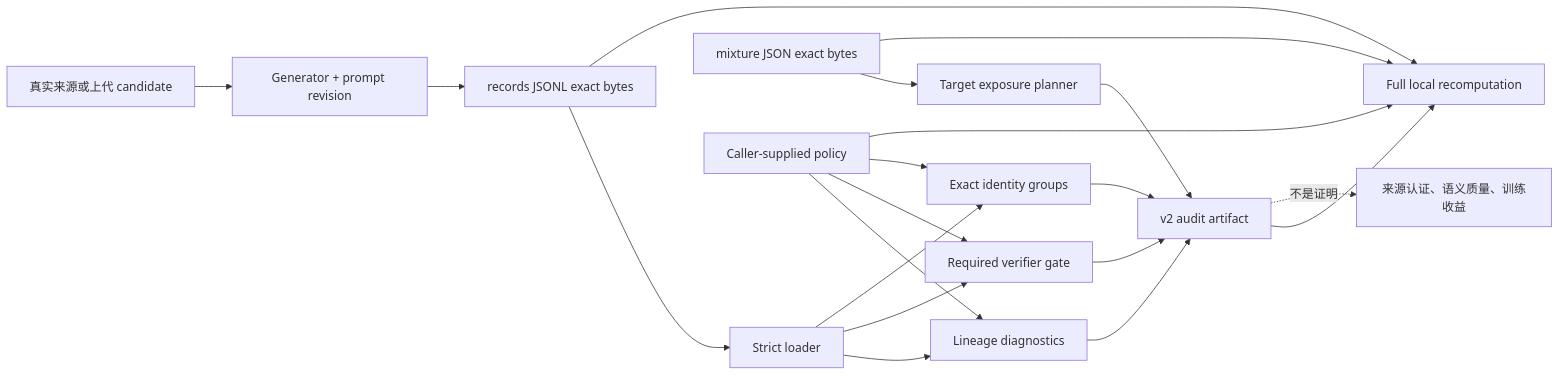
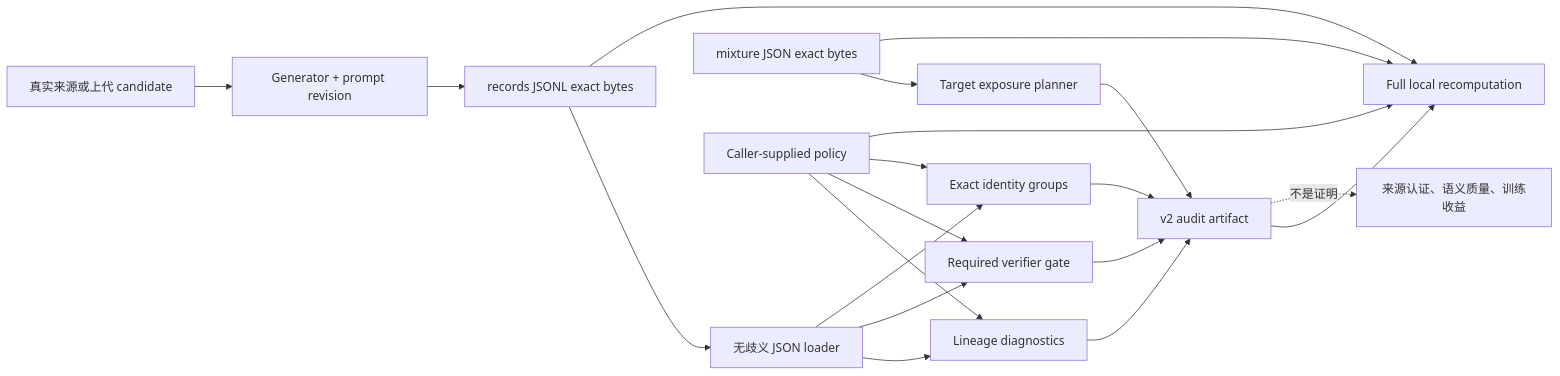
The diagram in docs/practice/projects/synthetic-data-audit.md (NightLemon/about-llm), drawn with Mermaid before and after one commit. The commit also changed other lines of this file and 29 other files, not shown here.

````diff
--- a/docs/practice/projects/synthetic-data-audit.md
+++ b/docs/practice/projects/synthetic-data-audit.md
@@ -29,22 +29,22 @@
 ```mermaid
 flowchart LR
   A["真实来源或上代 candidate"] --> B["Generator + prompt revision"]
   B --> C["records JSONL exact bytes"]
-  C --> D["Strict loader"]
+  C --> D["无歧义 JSON loader"]
   D --> E["Lineage diagnostics"]
   D --> F["Required verifier gate"]
   D --> G["Exact identity groups"]
   H["mixture JSON exact bytes"] --> I["Target exposure planner"]
   P["Caller-supplied policy"] --> E
   P --> F
   P --> G
   E --> R["v2 audit artifact"]
   F --> R
   G --> R
   I --> R
   R --> V["Full local recomputation"]
   C --> V
   H --> V
   P --> V
   R -. "不是证明" .-> Q["来源认证、语义质量、训练收益"]
 ```
````
